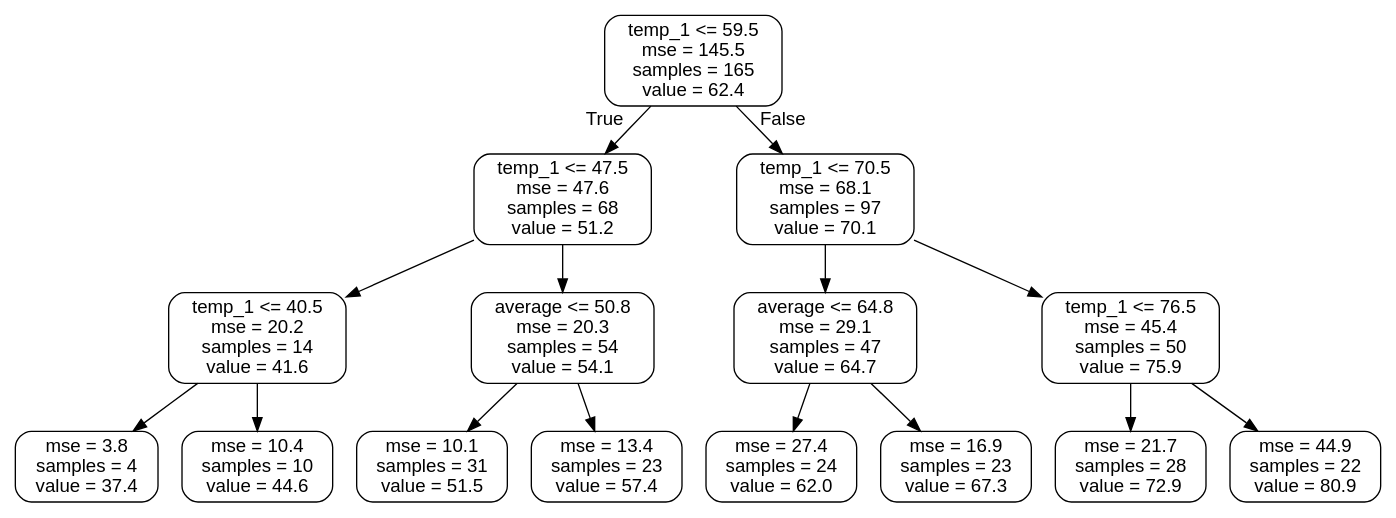
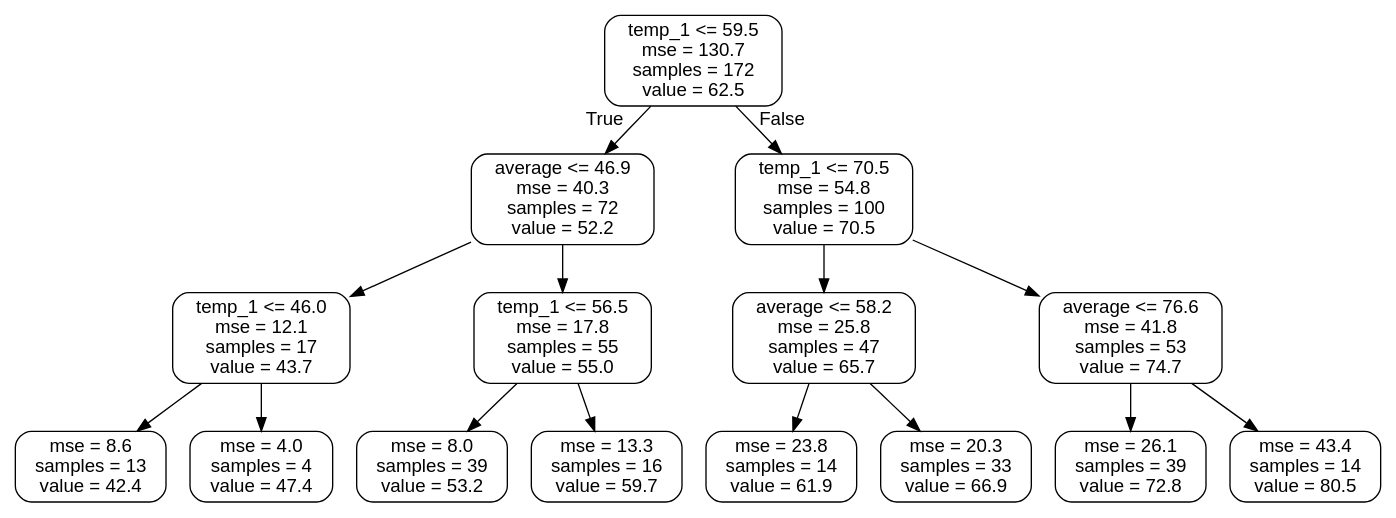
Before and after one commit to yashveersinghsohi/Random_Forests_Python: the diagram in small_tree.dot, drawn with Graphviz. The commit also changed 1 other file, not shown here.

```diff
--- a/small_tree.dot
+++ b/small_tree.dot
@@ -1,33 +1,33 @@
 digraph Tree {
 node [shape=box, style="rounded", color="black", fontname=helvetica] ;
 edge [fontname=helvetica] ;
-0 [label="temp_1 <= 59.5\nmse = 145.5\nsamples = 165\nvalue = 62.4"] ;
-1 [label="temp_1 <= 47.5\nmse = 47.6\nsamples = 68\nvalue = 51.2"] ;
+0 [label="temp_1 <= 59.5\nmse = 130.7\nsamples = 172\nvalue = 62.5"] ;
+1 [label="average <= 46.9\nmse = 40.3\nsamples = 72\nvalue = 52.2"] ;
 0 -> 1 [labeldistance=2.5, labelangle=45, headlabel="True"] ;
-2 [label="temp_1 <= 40.5\nmse = 20.2\nsamples = 14\nvalue = 41.6"] ;
+2 [label="temp_1 <= 46.0\nmse = 12.1\nsamples = 17\nvalue = 43.7"] ;
 1 -> 2 ;
-3 [label="mse = 3.8\nsamples = 4\nvalue = 37.4"] ;
+3 [label="mse = 8.6\nsamples = 13\nvalue = 42.4"] ;
 2 -> 3 ;
-4 [label="mse = 10.4\nsamples = 10\nvalue = 44.6"] ;
+4 [label="mse = 4.0\nsamples = 4\nvalue = 47.4"] ;
 2 -> 4 ;
-5 [label="average <= 50.8\nmse = 20.3\nsamples = 54\nvalue = 54.1"] ;
+5 [label="temp_1 <= 56.5\nmse = 17.8\nsamples = 55\nvalue = 55.0"] ;
 1 -> 5 ;
-6 [label="mse = 10.1\nsamples = 31\nvalue = 51.5"] ;
+6 [label="mse = 8.0\nsamples = 39\nvalue = 53.2"] ;
 5 -> 6 ;
-7 [label="mse = 13.4\nsamples = 23\nvalue = 57.4"] ;
+7 [label="mse = 13.3\nsamples = 16\nvalue = 59.7"] ;
 5 -> 7 ;
-8 [label="temp_1 <= 70.5\nmse = 68.1\nsamples = 97\nvalue = 70.1"] ;
+8 [label="temp_1 <= 70.5\nmse = 54.8\nsamples = 100\nvalue = 70.5"] ;
 0 -> 8 [labeldistance=2.5, labelangle=-45, headlabel="False"] ;
-9 [label="average <= 64.8\nmse = 29.1\nsamples = 47\nvalue = 64.7"] ;
+9 [label="average <= 58.2\nmse = 25.8\nsamples = 47\nvalue = 65.7"] ;
 8 -> 9 ;
-10 [label="mse = 27.4\nsamples = 24\nvalue = 62.0"] ;
+10 [label="mse = 23.8\nsamples = 14\nvalue = 61.9"] ;
 9 -> 10 ;
-11 [label="mse = 16.9\nsamples = 23\nvalue = 67.3"] ;
+11 [label="mse = 20.3\nsamples = 33\nvalue = 66.9"] ;
 9 -> 11 ;
-12 [label="temp_1 <= 76.5\nmse = 45.4\nsamples = 50\nvalue = 75.9"] ;
+12 [label="average <= 76.6\nmse = 41.8\nsamples = 53\nvalue = 74.7"] ;
 8 -> 12 ;
-13 [label="mse = 21.7\nsamples = 28\nvalue = 72.9"] ;
+13 [label="mse = 26.1\nsamples = 39\nvalue = 72.8"] ;
 12 -> 13 ;
-14 [label="mse = 44.9\nsamples = 22\nvalue = 80.9"] ;
+14 [label="mse = 43.4\nsamples = 14\nvalue = 80.5"] ;
 12 -> 14 ;
 }
```
